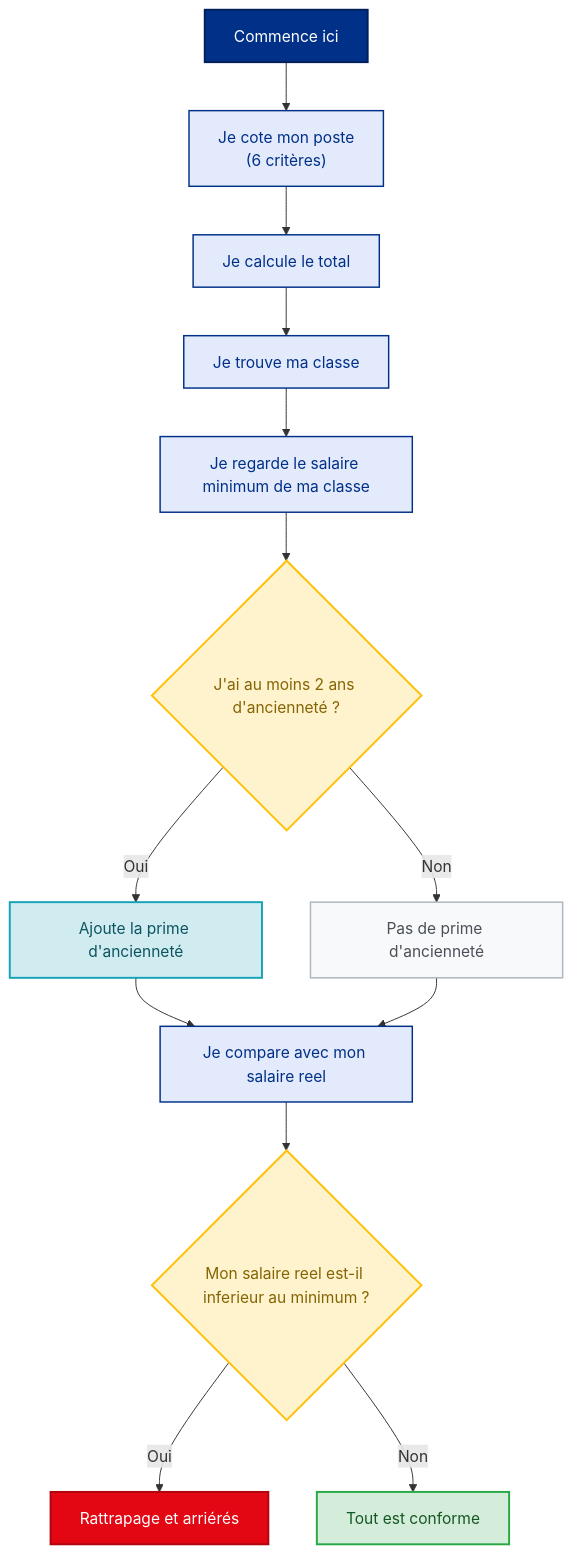
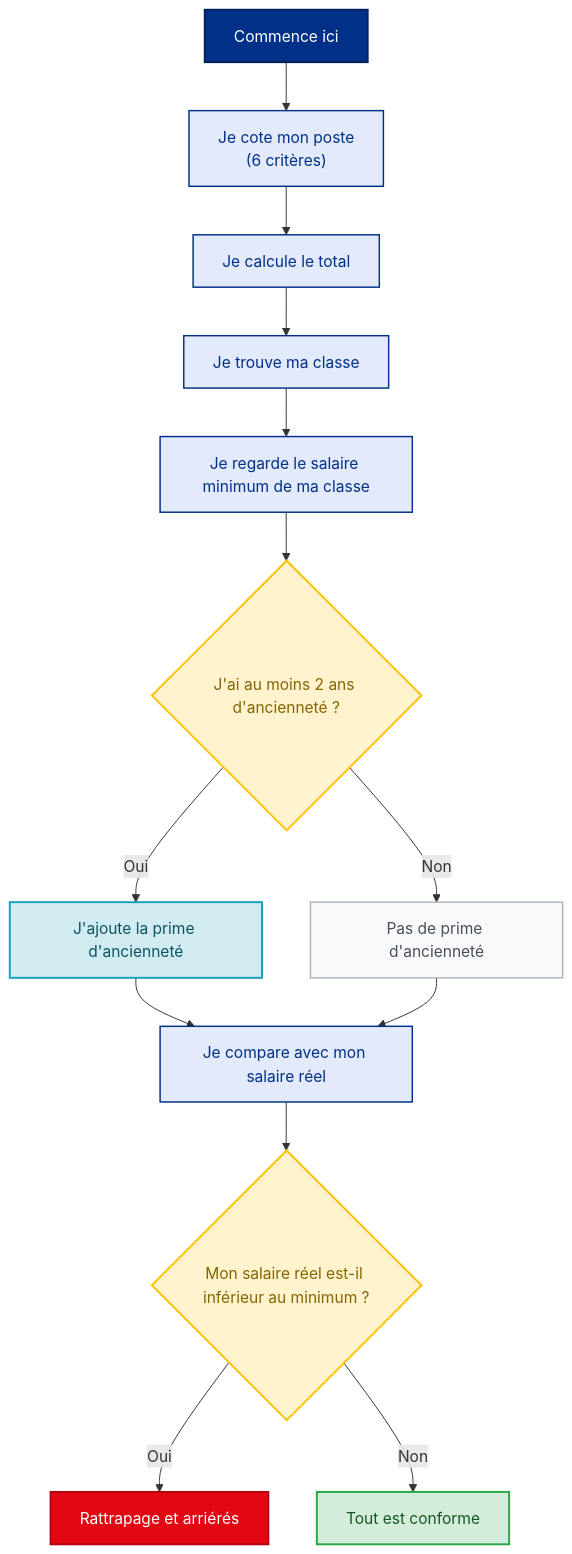
The diagram in content/droits/convention-collective-metallurgie.md (KSA-Syndic/cfdt-kuhn), drawn with Mermaid before and after one commit. The commit also changed other lines of this file and 2 other files, not shown here.

````diff
--- a/content/droits/convention-collective-metallurgie.md
+++ b/content/droits/convention-collective-metallurgie.md
@@ -143,32 +143,32 @@
 ``` mermaid
 flowchart TD
     A["Commence ici"]:::start --> B["Je cote mon poste <br> (6 critères)"]:::step
     B --> C["Je calcule le total"]:::step
     C --> D["Je trouve ma classe"]:::step
     D --> E["Je regarde le salaire minimum de ma classe"]:::step
     E --> F{"J'ai au moins 2 ans d'ancienneté ?"}:::question
-    F -- "Oui" --> G["Ajoute la prime d'ancienneté"]:::bonus
+    F -- "Oui" --> G["J'ajoute la prime d'ancienneté"]:::bonus
     F -- "Non" --> H["Pas de prime d'ancienneté"]:::neutral
-    G --> I["Je compare avec mon salaire reel"]:::step
+    G --> I["Je compare avec mon salaire réel"]:::step
     H --> I
-    I --> J{"Mon salaire reel est-il inferieur au minimum ?"}:::question
+    I --> J{"Mon salaire réel est-il inférieur au minimum ?"}:::question
     J -- "Oui" --> K["Rattrapage et arriérés"]:::alert
     J -- "Non" --> L["Tout est conforme"]:::success
 
 %% Styles Mermaid
 classDef start fill:#003087,stroke:#00205b,stroke-width:2px,color:#fff;
 classDef step fill:#e3eafc,stroke:#003087,stroke-width:1.5px,color:#003087;
 classDef question fill:#fff3cd,stroke:#ffc107,stroke-width:2px,color:#856404;
 classDef bonus fill:#d1ecf1,stroke:#17a2b8,stroke-width:2px,color:#0c5460;
 classDef neutral fill:#f8f9fa,stroke:#adb5bd,stroke-width:1.5px,color:#495057;
 classDef alert fill:#e30613,stroke:#b00510,stroke-width:2px,color:#fff;
 classDef success fill:#d4edda,stroke:#28a745,stroke-width:2px,color:#155724;
 
 class A start;
 class B,C,D,E step;
 class F,J question;
 class G bonus;
 class H neutral;
 class K alert;
 class L success;
 ```
````
